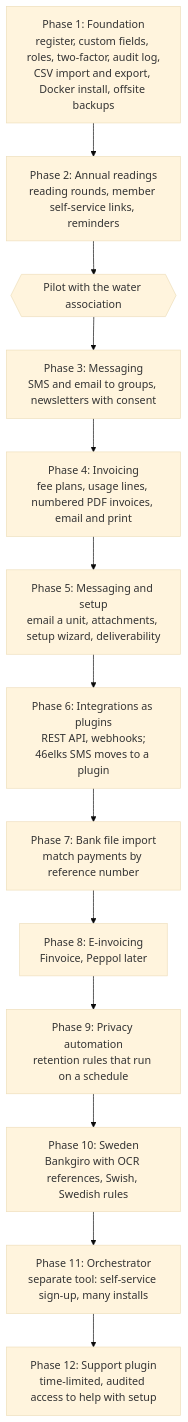
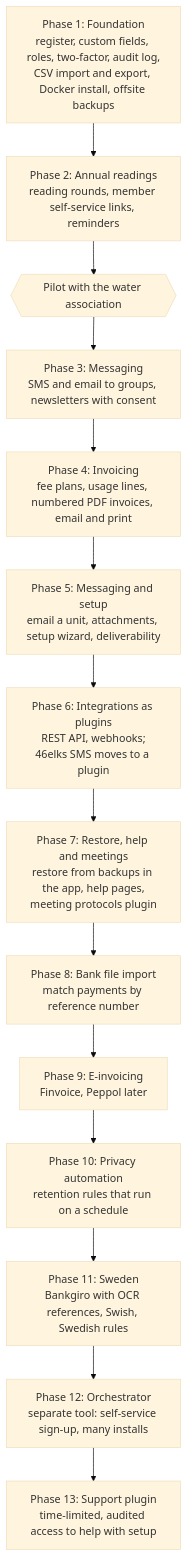
One commit to savv3/Metra changed the second of 2 diagrams in docs/architecture.md. Above: the diagram before and after it, drawn with Mermaid (base theme). The commit also changed other lines of this file, not shown here.

First line of the commit message:
Roadmap: add phase 7 with restore in the app, help pages and meeting protocols

````diff
--- a/docs/architecture.md
+++ b/docs/architecture.md
@@ -155,17 +155,18 @@
 ```mermaid
 flowchart TD
     p1[Phase 1: Foundation<br/>register, custom fields, roles, two-factor, audit log,<br/>CSV import and export, Docker install, offsite backups]
     p2[Phase 2: Annual readings<br/>reading rounds, member self-service links, reminders]
     gate{{Pilot with the water association}}
     p3[Phase 3: Messaging<br/>SMS and email to groups, newsletters with consent]
     p4[Phase 4: Invoicing<br/>fee plans, usage lines, numbered PDF invoices, email and print]
     p5[Phase 5: Messaging and setup<br/>email a unit, attachments, setup wizard, deliverability]
     p6[Phase 6: Integrations as plugins<br/>REST API, webhooks;<br/>46elks SMS moves to a plugin]
-    p7[Phase 7: Bank file import<br/>match payments by reference number]
-    p8[Phase 8: E-invoicing<br/>Finvoice, Peppol later]
-    p9[Phase 9: Privacy automation<br/>retention rules that run on a schedule]
-    p10[Phase 10: Sweden<br/>Bankgiro with OCR references, Swish, Swedish rules]
-    p11[Phase 11: Orchestrator<br/>separate tool: self-service sign-up, many installs]
-    p12[Phase 12: Support plugin<br/>time-limited, audited access to help with setup]
-    p1 --> p2 --> gate --> p3 --> p4 --> p5 --> p6 --> p7 --> p8 --> p9 --> p10 --> p11 --> p12
+    p7[Phase 7: Restore, help and meetings<br/>restore from backups in the app, help pages,<br/>meeting protocols plugin]
+    p8[Phase 8: Bank file import<br/>match payments by reference number]
+    p9[Phase 9: E-invoicing<br/>Finvoice, Peppol later]
+    p10[Phase 10: Privacy automation<br/>retention rules that run on a schedule]
+    p11[Phase 11: Sweden<br/>Bankgiro with OCR references, Swish, Swedish rules]
+    p12[Phase 12: Orchestrator<br/>separate tool: self-service sign-up, many installs]
+    p13[Phase 13: Support plugin<br/>time-limited, audited access to help with setup]
+    p1 --> p2 --> gate --> p3 --> p4 --> p5 --> p6 --> p7 --> p8 --> p9 --> p10 --> p11 --> p12 --> p13
 ```
````
